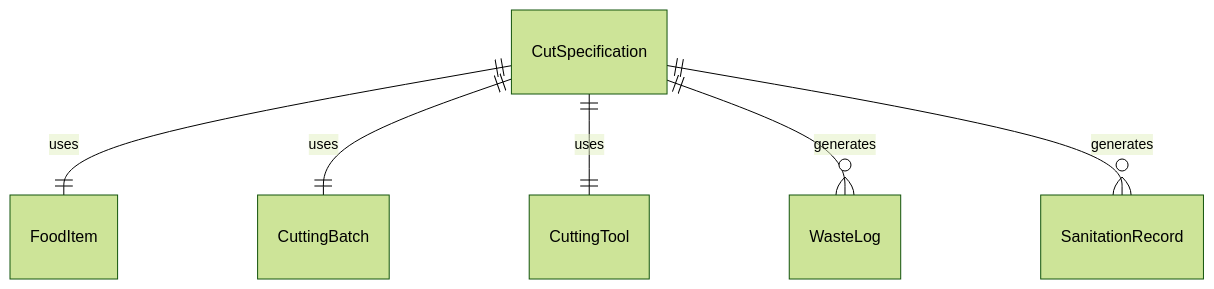
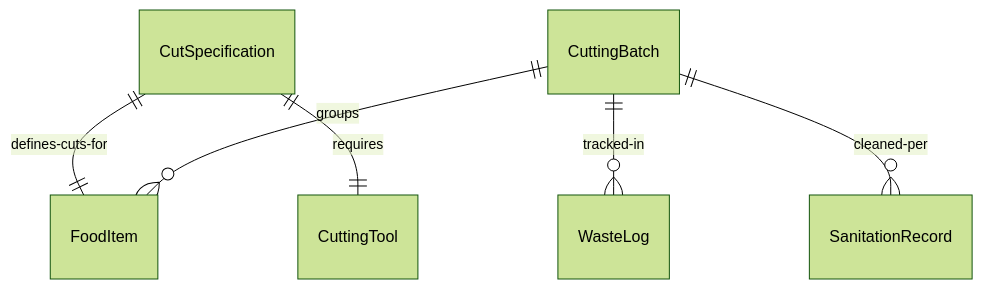
Before and after one commit to dot-org-ai/tasks.org.ai: the first of 4 diagrams in HandlingAndMovingObjects/PrepareFoodsOrBeverages/CutCookedRawFoods.mdx, drawn with Mermaid (forest theme). The commit also changed other lines of this file and 515 other files, not shown here.

````diff
--- a/HandlingAndMovingObjects/PrepareFoodsOrBeverages/CutCookedRawFoods.mdx
+++ b/HandlingAndMovingObjects/PrepareFoodsOrBeverages/CutCookedRawFoods.mdx
@@ -87,8 +87,8 @@
 ```mermaid
 erDiagram
-    CutSpecification ||--|| FoodItem : "uses"
-    CutSpecification ||--|| CuttingBatch : "uses"
-    CutSpecification ||--|| CuttingTool : "uses"
-    CutSpecification ||--o{ WasteLog : "generates"
-    CutSpecification ||--o{ SanitationRecord : "generates"
+    CutSpecification ||--|| FoodItem : "defines-cuts-for"
+    CuttingBatch ||--o{ FoodItem : "groups"
+    CutSpecification ||--|| CuttingTool : "requires"
+    CuttingBatch ||--o{ WasteLog : "tracked-in"
+    CuttingBatch ||--o{ SanitationRecord : "cleaned-per"
 ```
````
